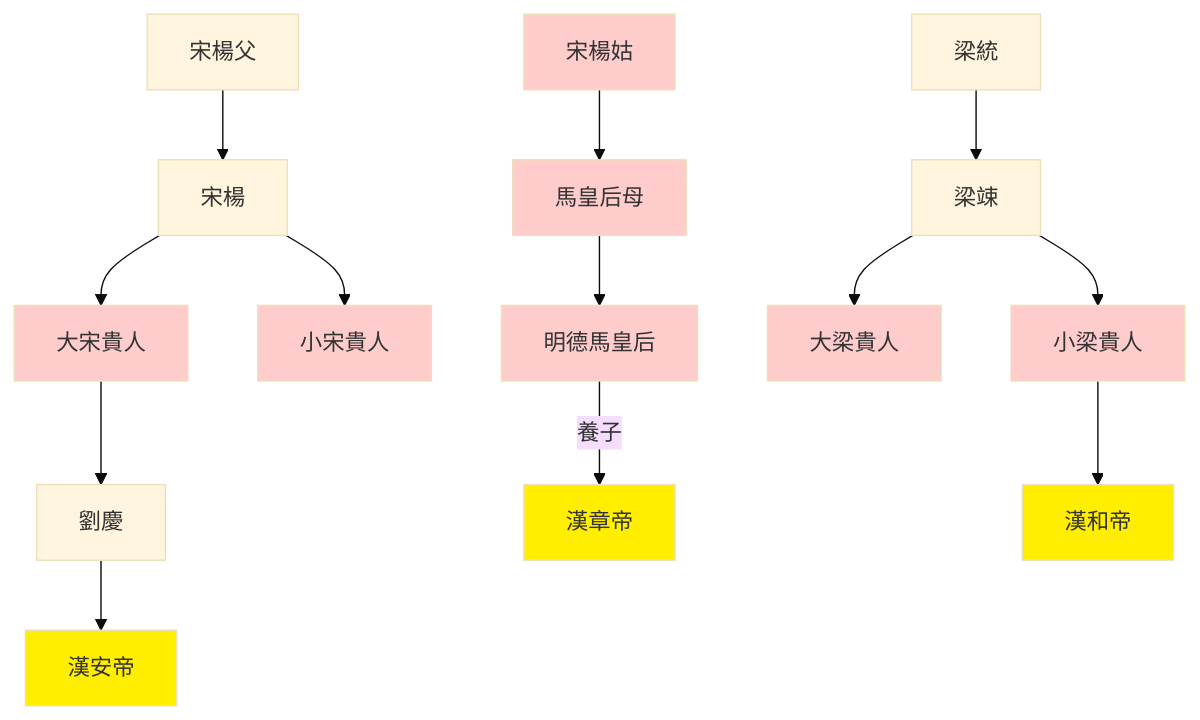
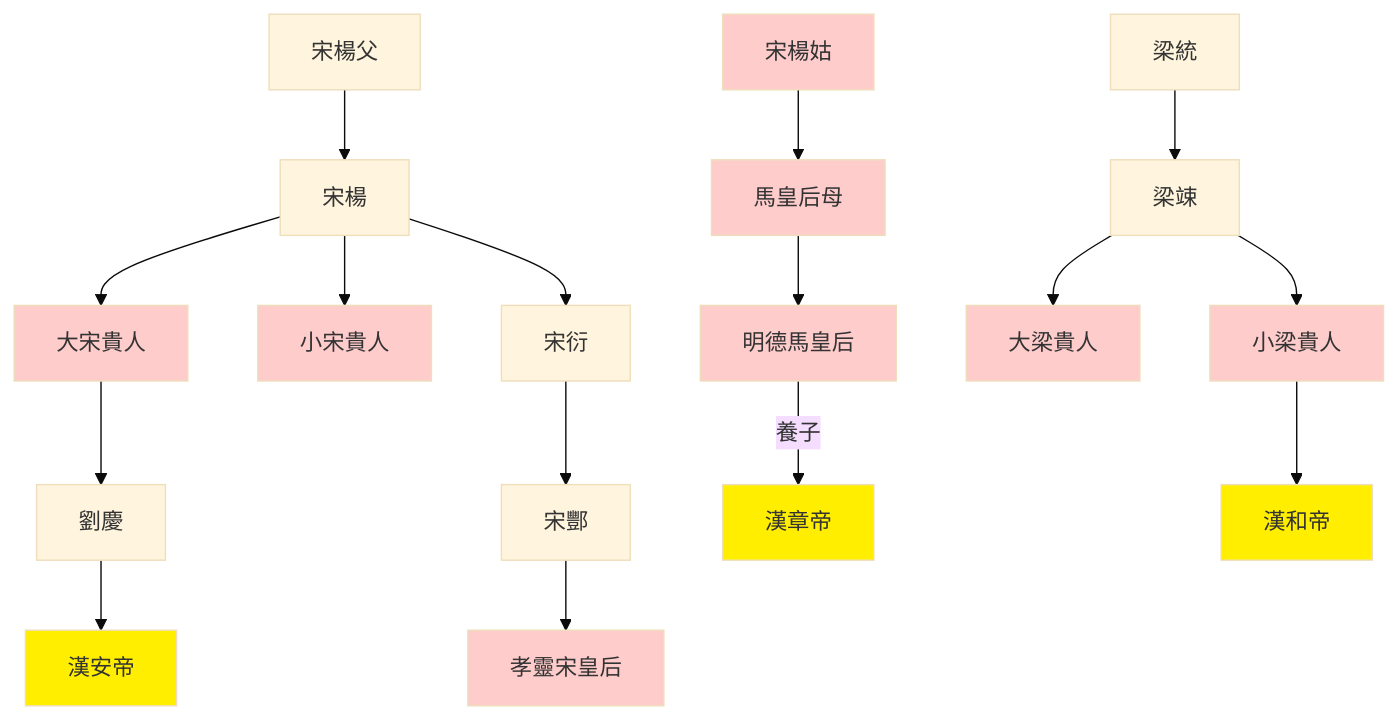
The diagram in 5_筆記/资治通鉴46.md (gamefang/zizhitongjian), drawn with Mermaid (base theme) before and after one commit. The commit also changed other lines of this file and 15 other files, not shown here.

````diff
--- a/5_筆記/资治通鉴46.md
+++ b/5_筆記/资治通鉴46.md
@@ -30,25 +35,29 @@
 ```mermaid
 graph TB
 %%宋楊爺-->宋楊父
 %%宋楊爺-->宋楊姑
 宋楊父-->宋楊
 宋楊-->大宋貴人
 宋楊-->小宋貴人
 大宋貴人-->劉慶
 劉慶-->漢安帝
 宋楊姑-->馬皇后母
 馬皇后母-->明德馬皇后
 明德馬皇后--養子-->漢章帝
 
 梁統-->梁竦
 梁竦-->大梁貴人
 梁竦-->小梁貴人
 小梁貴人-->漢和帝
 
+宋楊-->宋衍
+宋衍-->宋酆
+宋酆-->孝靈宋皇后
+
 classDef female fill:#ffcccc
-class 大宋貴人,小宋貴人,宋楊姑,馬皇后母,明德馬皇后,大梁貴人,小梁貴人 female
+class 大宋貴人,小宋貴人,宋楊姑,馬皇后母,明德馬皇后,大梁貴人,小梁貴人,孝靈宋皇后 female
 
 classDef king fill:#ffee00
 class 漢安帝,漢章帝,漢和帝 king
 
 ```
````
